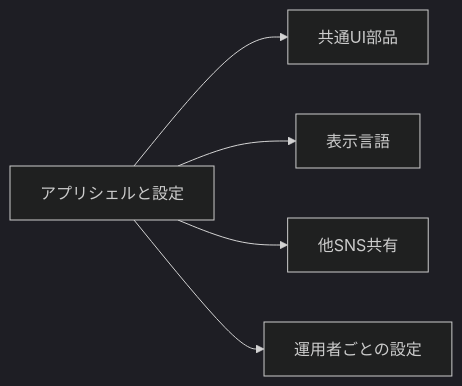
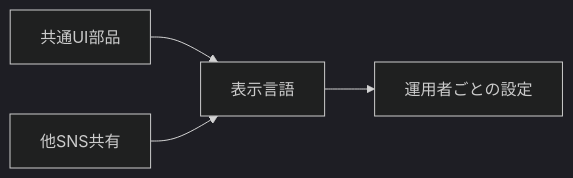
The first of 3 diagrams in docs/architecture/common-ui.md (nekono-dev/skyshare), drawn with Mermaid (dark theme) before and after one commit. The commit also changed other lines of this file and 23 other files, not shown here.

````diff
--- a/docs/architecture/common-ui.md
+++ b/docs/architecture/common-ui.md
@@ -24,7 +22,6 @@
 ```mermaid
 flowchart LR
-  shell["アプリシェルと設定"] --> ui["共通UI部品"]
-  shell --> i18n["表示言語"]
-  shell --> share["他SNS共有"]
-  shell --> site["運用者ごとの設定"]
+  ui["共通UI部品"] --> i18n["表示言語"]
+  share["他SNS共有"] --> i18n
+  i18n --> site["運用者ごとの設定"]
 ```
````
